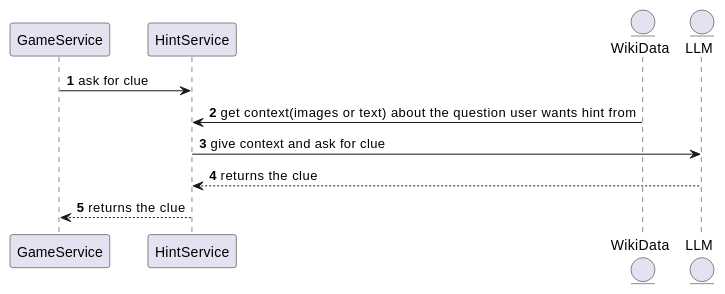
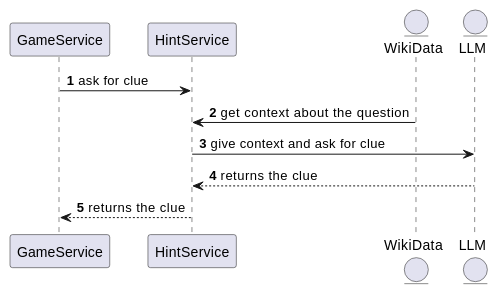
Before and after one commit to Arquisoft/wichat_en3a: the fifth of 5 diagrams in docs/src/06_runtime_view.adoc, drawn with PlantUML.

Commit message:
Update at LLM hint generation diagram

```diff
--- a/docs/src/06_runtime_view.adoc
+++ b/docs/src/06_runtime_view.adoc
@@ -165,14 +165,14 @@
 [plantuml,"Hint generation diagram",png]
 ----
 autonumber
 participant GameService
 participant HintService
 entity WikiData
 entity LLM
 
 GameService -> HintService: ask for clue
-WikiData -> HintService : get context(images or text) about the question user wants hint from
+WikiData -> HintService : get context about the question
 HintService -> LLM: give context and ask for clue
 LLM --> HintService: returns the clue
 HintService --> GameService: returns the clue
 ----
```
